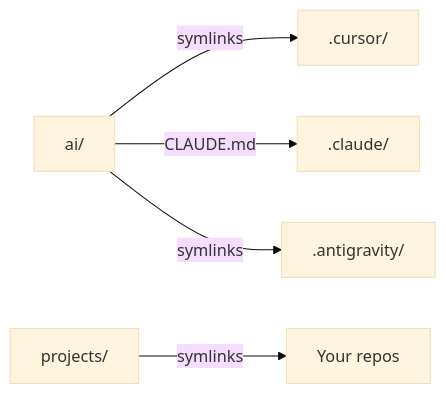
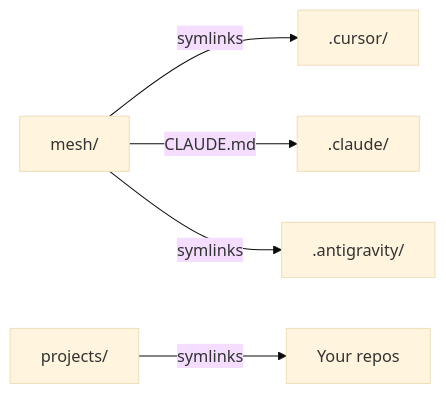
The diagram in README.md (samartined/mAIcelium), drawn with Mermaid (base theme) before and after one commit. The commit also changed other lines of this file and 44 other files, not shown here.

````diff
--- a/README.md
+++ b/README.md
@@ -22,7 +22,7 @@
 ```mermaid
 graph LR
-    AI["ai/"] -->|symlinks| Cursor[".cursor/"]
-    AI -->|"CLAUDE.md"| Claude[".claude/"]
-    AI -->|symlinks| Antigravity[".antigravity/"]
+    Mesh["mesh/"] -->|symlinks| Cursor[".cursor/"]
+    Mesh -->|"CLAUDE.md"| Claude[".claude/"]
+    Mesh -->|symlinks| Antigravity[".antigravity/"]
     Projects["projects/"] -->|symlinks| Repos["Your repos"]
 ```
````
